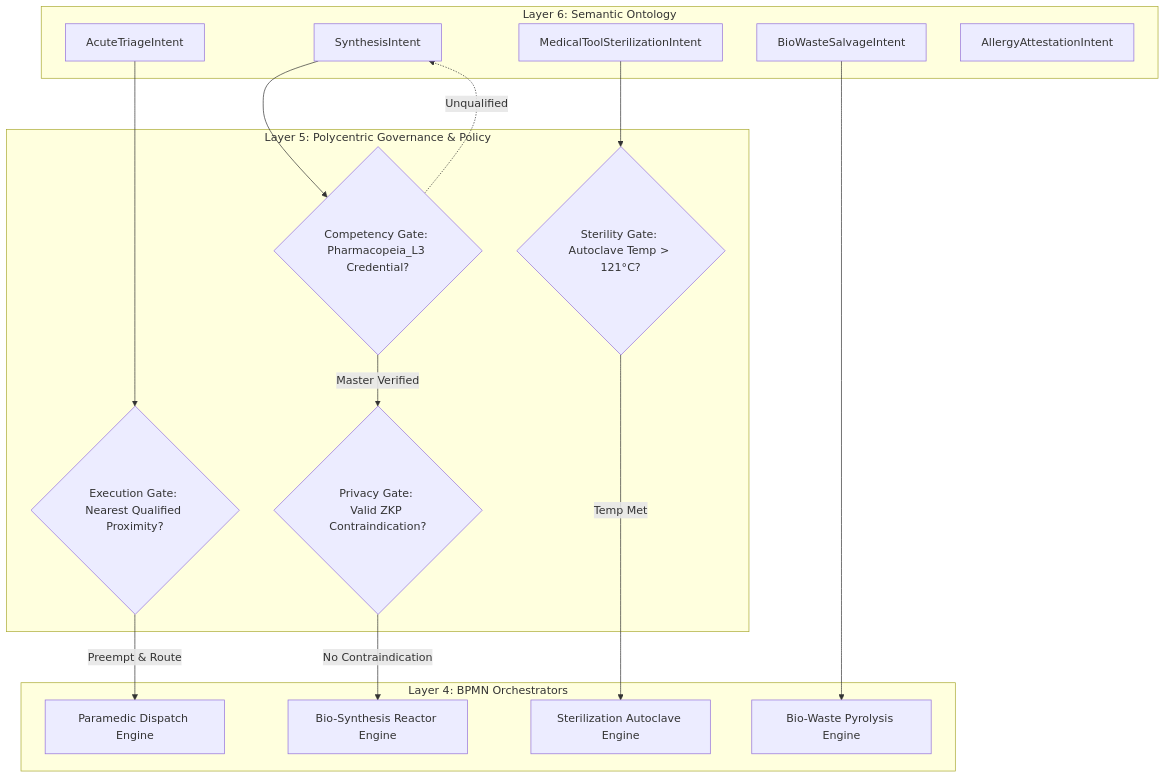
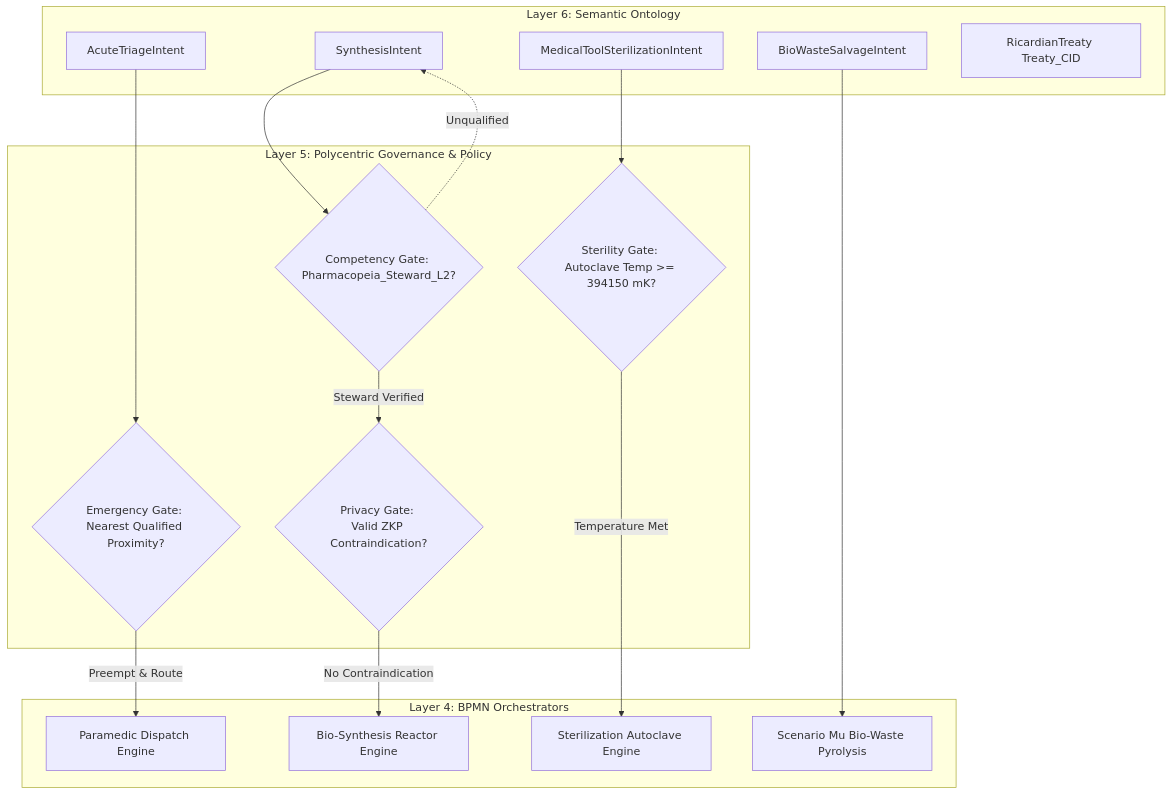
One commit to raffaine/collective changed the third of 4 diagrams in docs/scenarios/chi_paramedic.md. Above: the diagram before and after it, drawn with Mermaid. The commit also changed other lines of this file and 23 other files, not shown here.

````diff
--- a/docs/scenarios/chi_paramedic.md
+++ b/docs/scenarios/chi_paramedic.md
@@ -118,37 +138,37 @@
 ```mermaid
 graph TD
     subgraph Layer 6: Semantic Ontology
         L6_Triage[AcuteTriageIntent]
         L6_Synth[SynthesisIntent]
         L6_Sterile[MedicalToolSterilizationIntent]
         L6_Waste[BioWasteSalvageIntent]
-        L6_Allergy[AllergyAttestationIntent]
+        L6_Treaty[RicardianTreaty Treaty_CID]
     end
 
     subgraph Layer 5: Polycentric Governance & Policy
-        P_Emg{Execution Gate: <br>Nearest Qualified Proximity?}
+        P_Emg{Emergency Gate: <br>Nearest Qualified Proximity?}
         P_ZK{Privacy Gate: <br>Valid ZKP Contraindication?}
-        P_Skill{Competency Gate: <br>Pharmacopeia_L3 Credential?}
-        P_Auto{Sterility Gate: <br>Autoclave Temp > 121°C?}
+        P_Skill{Competency Gate: <br>Pharmacopeia_Steward_L2?}
+        P_Auto{Sterility Gate: <br>Autoclave Temp >= 394150 mK?}
     end
 
     subgraph Layer 4: BPMN Orchestrators
         BPMN_Dispatch[Paramedic Dispatch Engine]
         BPMN_Lab[Bio-Synthesis Reactor Engine]
         BPMN_Clean[Sterilization Autoclave Engine]
-        BPMN_Mu[Bio-Waste Pyrolysis Engine]
+        BPMN_Mu[Scenario Mu Bio-Waste Pyrolysis]
     end
 
     L6_Triage --> P_Emg
     P_Emg -->|Preempt & Route| BPMN_Dispatch
 
     L6_Synth --> P_Skill
-    P_Skill -->|Master Verified| P_ZK
+    P_Skill -->|Steward Verified| P_ZK
     P_ZK -->|No Contraindication| BPMN_Lab
     P_Skill -.->|Unqualified| L6_Synth
 
     L6_Sterile --> P_Auto
-    P_Auto -->|Temp Met| BPMN_Clean
+    P_Auto -->|Temperature Met| BPMN_Clean
 
     L6_Waste --> BPMN_Mu
 ```
````
